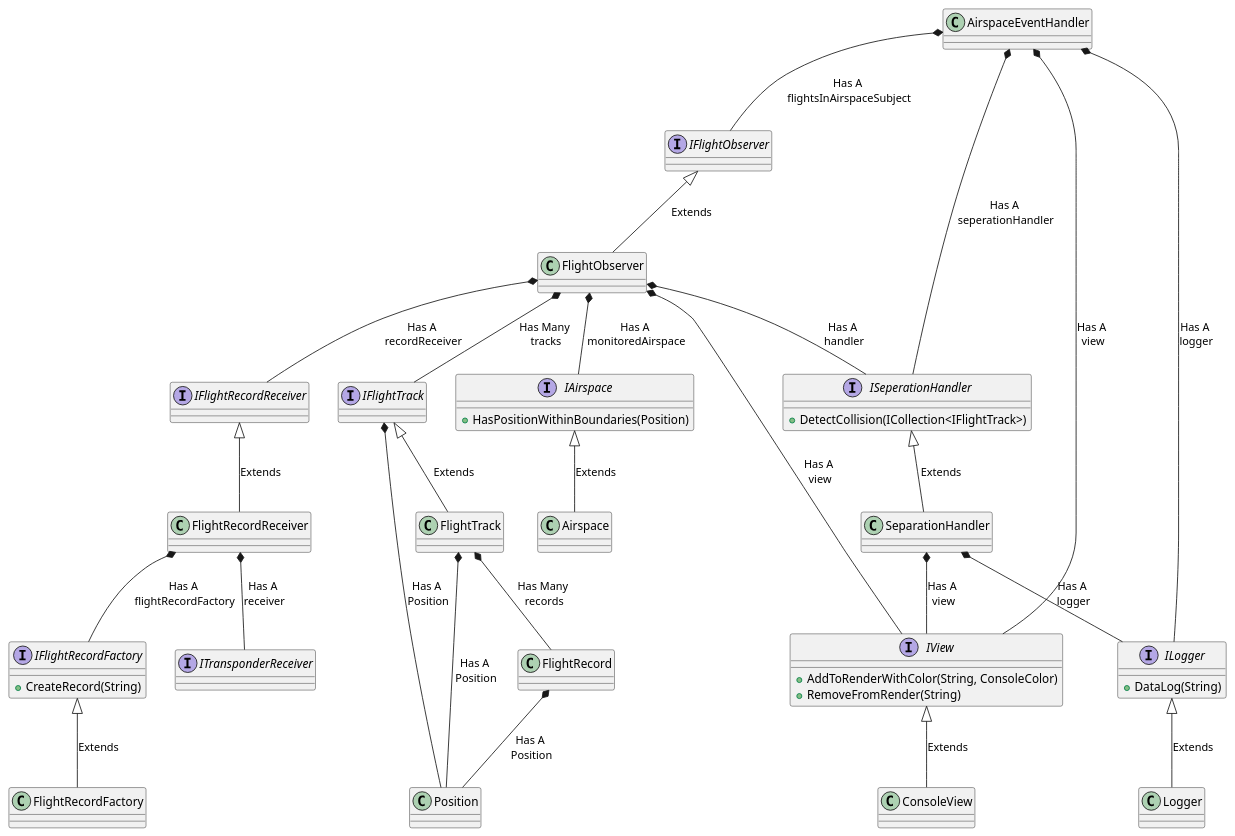
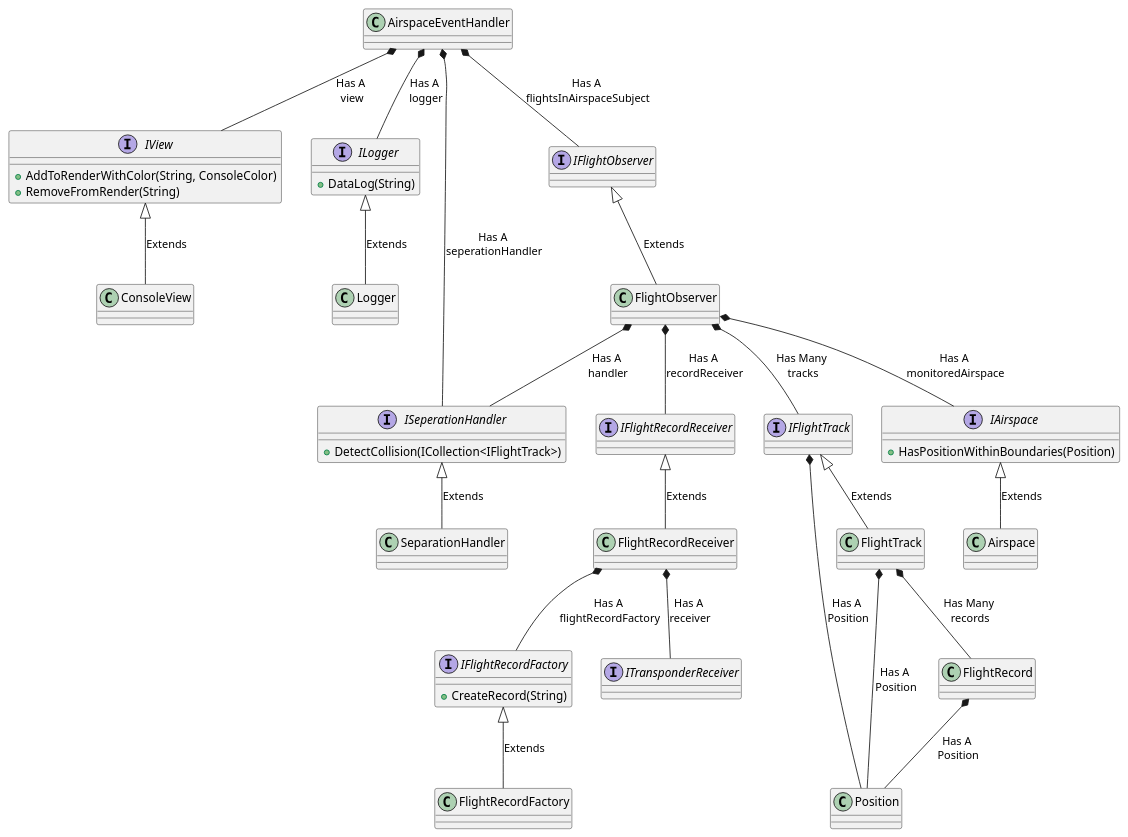
The diagram in Source/AirTrafficMonitor/out/airtraffic/airmonitor.plantuml (grottrup/AirTrafficMonitor), drawn with PlantUML before and after one commit. The commit also changed 5 other files, not shown here.

```diff
--- a/Source/AirTrafficMonitor/out/airtraffic/airmonitor.plantuml
+++ b/Source/AirTrafficMonitor/out/airtraffic/airmonitor.plantuml
@@ -1,112 +1,109 @@
 @startuml
     class "FlightObserver" {
     }
 
 
     class "SeparationHandler" {
     }
 
 
     class "Logger" {
     }
 
 
     class "ConsoleView" {
     }
 
 
     class "AirspaceEventHandler" {
     }
 
 
     class "Position" {
     }
 
 
     class "Airspace" {
     }
 
 
     class "FlightTrack" {
     }
 
 
     class "FlightRecord" {
     }
 
 
     class "FlightRecordFactory" {
     }
 
 
     class "FlightRecordReceiver" {
     }
 
 
     interface "IFlightTrack" {
     }
 
 
     interface "IView" {
     +AddToRenderWithColor(String, ConsoleColor)
     +RemoveFromRender(String)
     }
 
 
     interface "ILogger" {
     +DataLog(String)
     }
 
 
     interface "ISeperationHandler" {
     +DetectCollision(ICollection<IFlightTrack>)
     }
 
 
     interface "IFlightRecordReceiver" {
     }
 
 
     interface "IAirspace" {
     +HasPositionWithinBoundaries(Position)
     }
 
 
     interface "IFlightObserver" {
     }
 
     interface "IFlightRecordFactory" {
     +CreateRecord(String)
     }
 
 
     interface "ITransponderReceiver" {
     }
 
 
 "FlightObserver" *-- "IFlightTrack" : Has Many \ntracks
-"FlightObserver" *-- "IView" : Has A \nview
 "FlightObserver" *-- "ISeperationHandler" : Has A \nhandler
 "FlightObserver" *-- "IFlightRecordReceiver" : Has A \nrecordReceiver
 "FlightObserver" *-- "IAirspace" : Has A \nmonitoredAirspace
 "FlightObserver" -up-|> "IFlightObserver" : Extends
-"SeparationHandler" *-- "ILogger" : Has A \nlogger
-"SeparationHandler" *-- "IView" : Has A \nview
 "SeparationHandler" -up-|> "ISeperationHandler" : Extends
 "Logger" -up-|> "ILogger" : Extends
 "ConsoleView" -up-|> "IView" : Extends
 "AirspaceEventHandler" *-- "IFlightObserver" : Has A \nflightsInAirspaceSubject
 "AirspaceEventHandler" *-- "ISeperationHandler" : Has A \nseperationHandler
 "AirspaceEventHandler" *-- "IView" : Has A \nview
 "AirspaceEventHandler" *-- "ILogger" : Has A \nlogger
 "Airspace" -up-|> "IAirspace" : Extends
 "FlightTrack" *-- "FlightRecord" : Has Many \nrecords
 "FlightTrack" *-- "Position" : Has A \nPosition
 "FlightTrack" -up-|> "IFlightTrack" : Extends
 "FlightRecord" *-- "Position" : Has A \nPosition
 "FlightRecordFactory" -up-|> "IFlightRecordFactory" : Extends
 "FlightRecordReceiver" *-- "ITransponderReceiver" : Has A \nreceiver
 "FlightRecordReceiver" *-- "IFlightRecordFactory" : Has A \nflightRecordFactory
 "FlightRecordReceiver" -up-|> "IFlightRecordReceiver" : Extends
 "IFlightTrack" *-- "Position" : Has A \nPosition
 @enduml
```
